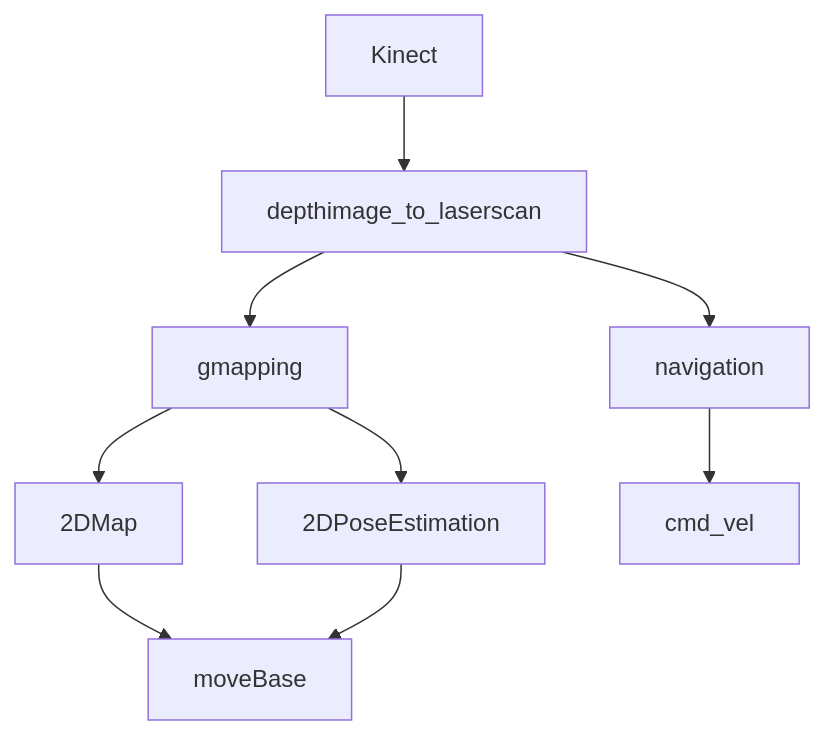
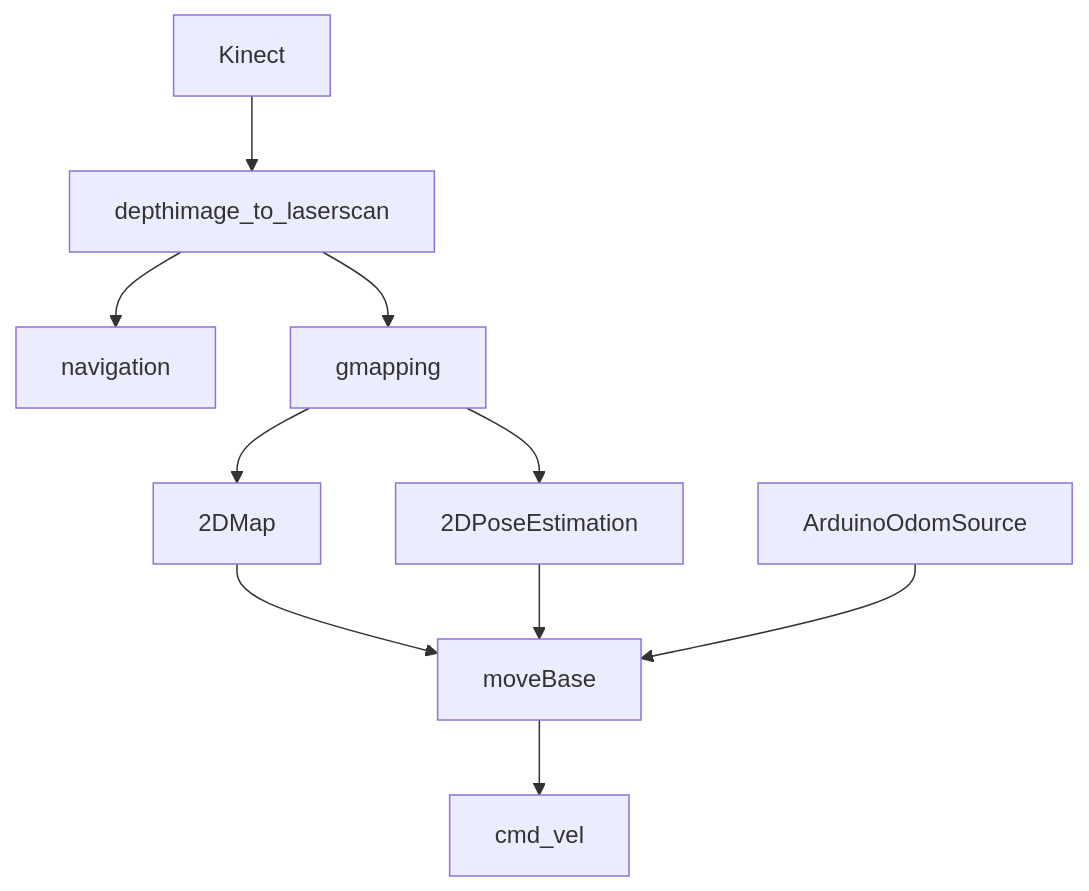
One commit to adrianLIrobotics/SLAM_robot changed the diagram in README.md. Above: the diagram before and after it, drawn with Mermaid.

````diff
--- a/README.md
+++ b/README.md
@@ -21,11 +21,13 @@
 ```mermaid
 graph TD;
   Kinect-->depthimage_to_laserscan
   depthimage_to_laserscan-->navigation
   depthimage_to_laserscan-->gmapping
   gmapping-->2DMap
   2DMap-->moveBase
   gmapping-->2DPoseEstimation
   2DPoseEstimation-->moveBase
-  navigation-->cmd_vel
+  ArduinoOdomSource-->moveBase
+  moveBase-->cmd_vel
+
 ```
````
